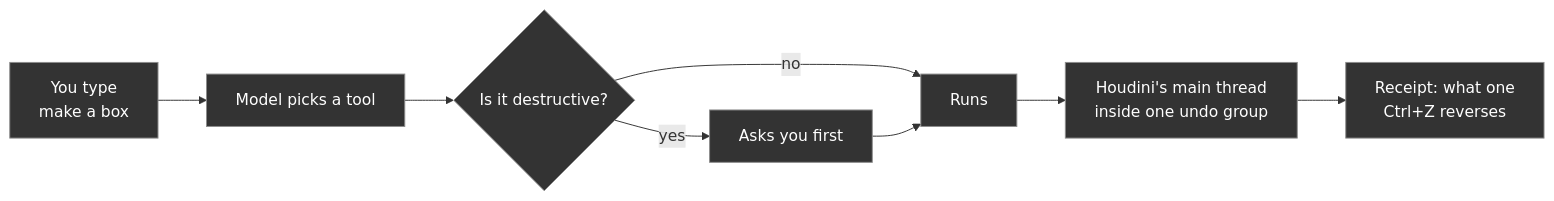
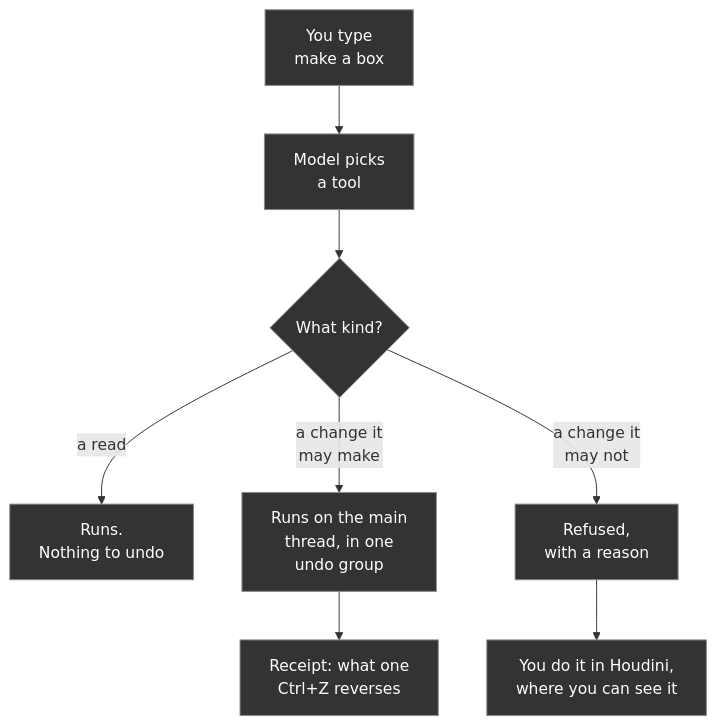
One commit to JosephOIbrahim/Synapse changed the first of 3 diagrams in README.md. Above: the diagram before and after it, drawn with Mermaid. The commit also changed other lines of this file and 2 other files, not shown here.

````diff
--- a/README.md
+++ b/README.md
@@ -52,12 +52,12 @@
 ```mermaid
-flowchart LR
-    A["You type<br/>make a box"] --> B["Model picks a tool"]
-    B --> C{"Is it destructive?"}
-    C -->|"no"| D["Runs"]
-    C -->|"yes"| E["Asks you first"]
-    E --> D
-    D --> F["Houdini's main thread<br/>inside one undo group"]
-    F --> G["Receipt: what one<br/>Ctrl+Z reverses"]
+flowchart TD
+    A["You type<br/>make a box"] --> B["Model picks<br/>a tool"]
+    B --> C{"What kind?"}
+    C -->|"a read"| R["Runs.<br/>Nothing to undo"]
+    C -->|"a change it<br/>may make"| D["Runs on the main<br/>thread, in one<br/>undo group"]
+    C -->|"a change it<br/>may not"| X["Refused,<br/>with a reason"]
+    D --> G["Receipt: what one<br/>Ctrl+Z reverses"]
+    X --> P["You do it in Houdini,<br/>where you can see it"]
     classDef dark fill:#333333,stroke:#8C8C8C,stroke-width:1px,color:#FFFFFF
-    class A,B,C,D,E,F,G dark
+    class A,B,C,R,D,X,G,P dark
 ```
````
